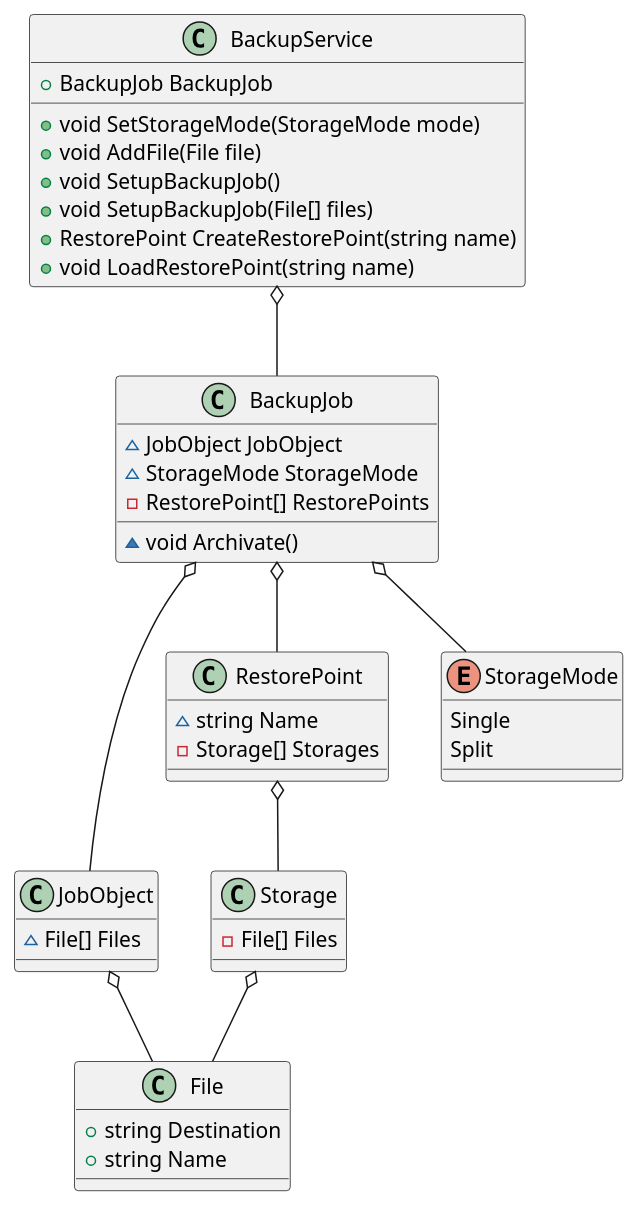
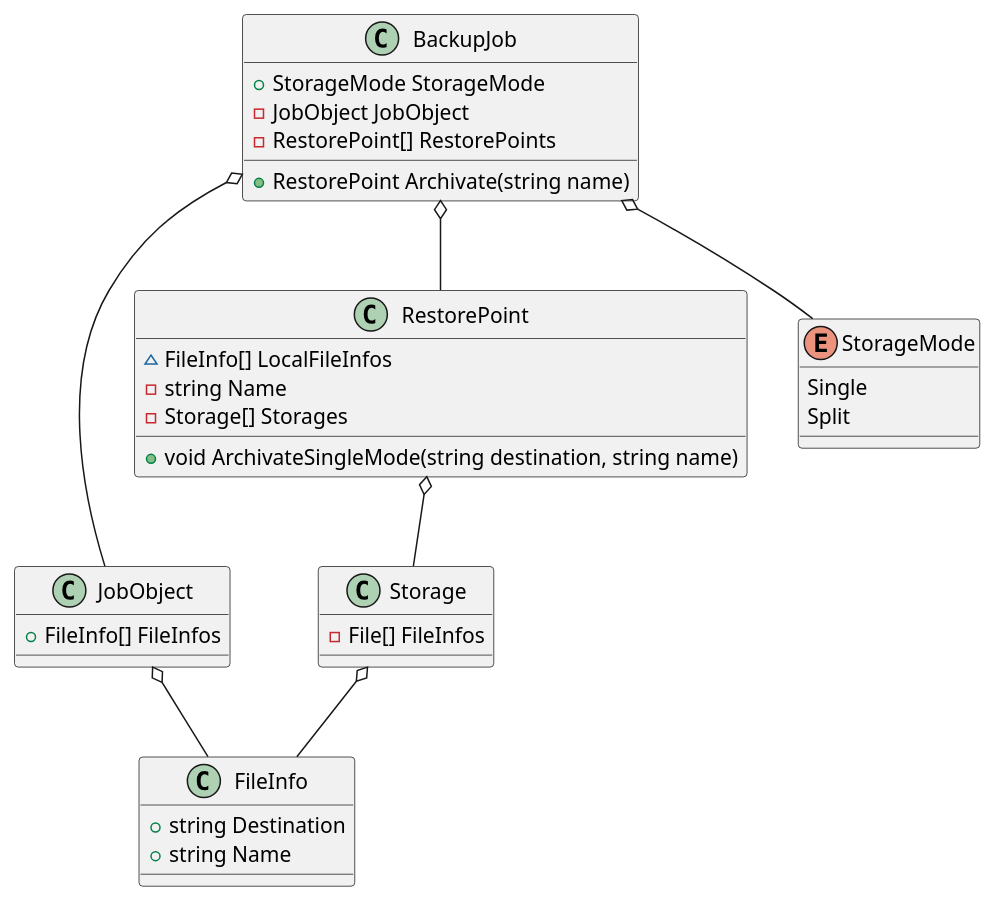
One commit to Ar4eR-ValerA/OOP.IIIsem changed the diagram in Docs/Classes.puml. Above: the diagram before and after it, drawn with PlantUML. The commit also changed 2 other files, not shown here.

Commit message:
chore: updates docs        classes uml v1.2        sequence uml v1.1

```diff
--- a/Docs/Classes.puml
+++ b/Docs/Classes.puml
@@ -1,53 +1,44 @@
 @startuml
 
-class BackupService {
-    + BackupJob BackupJob
-    
-    + void SetStorageMode(StorageMode mode)
-    + void AddFile(File file)
-    + void SetupBackupJob()
-    + void SetupBackupJob(File[] files)
-    + RestorePoint CreateRestorePoint(string name)
-    + void LoadRestorePoint(string name)
-}
-
 class BackupJob {
-    ~ JobObject JobObject
-    ~ StorageMode StorageMode
+    + StorageMode StorageMode
+    - JobObject JobObject
     - RestorePoint[] RestorePoints
     
-    ~ void Archivate()
+    + RestorePoint Archivate(string name)
 }
 
 class JobObject {
-    ~ File[] Files
+    + FileInfo[] FileInfos
 }
 
 class RestorePoint {
-    ~ string Name
+    ~ FileInfo[] LocalFileInfos
+    - string Name
     - Storage[] Storages
+    
+    + void ArchivateSingleMode(string destination, string name)
 }
 
 class Storage {
-    - File[] Files
+    - File[] FileInfos
 }
 
-class File {
+class FileInfo {
     + string Destination
     + string Name
 }
 
 enum StorageMode {
     Single
     Split
 }
 
-BackupService o-- BackupJob
 BackupJob o-- RestorePoint
 RestorePoint o-- Storage
+Storage o-- FileInfo
 BackupJob o-- StorageMode
 BackupJob o-- JobObject
-JobObject o-- File
-Storage o-- File
+JobObject o-- FileInfo
 
 @enduml
```
